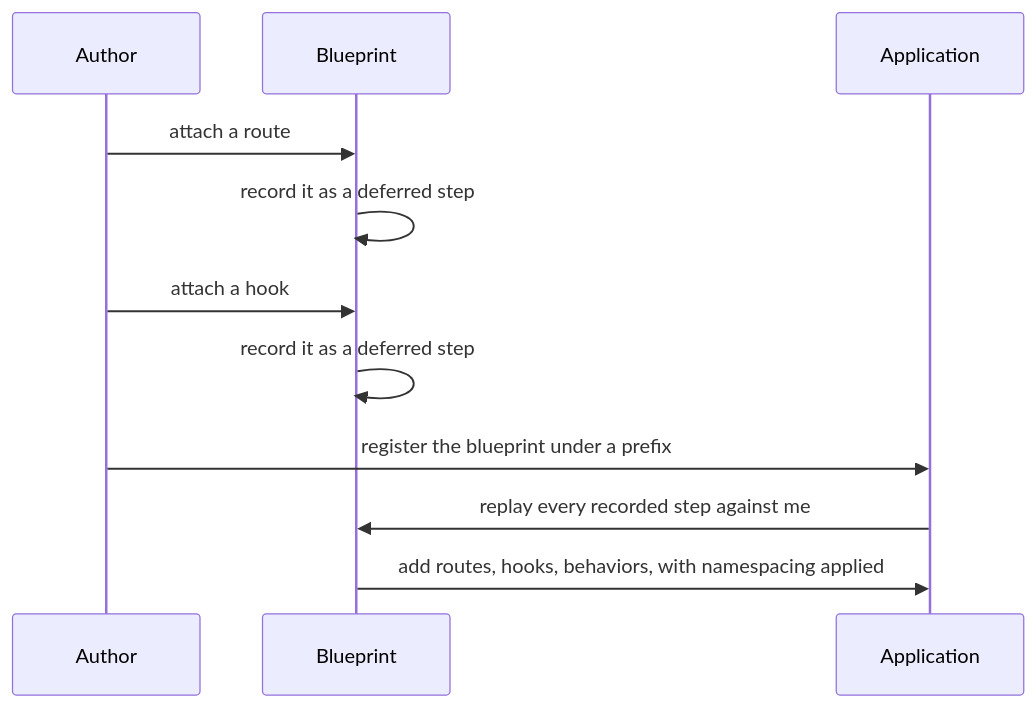
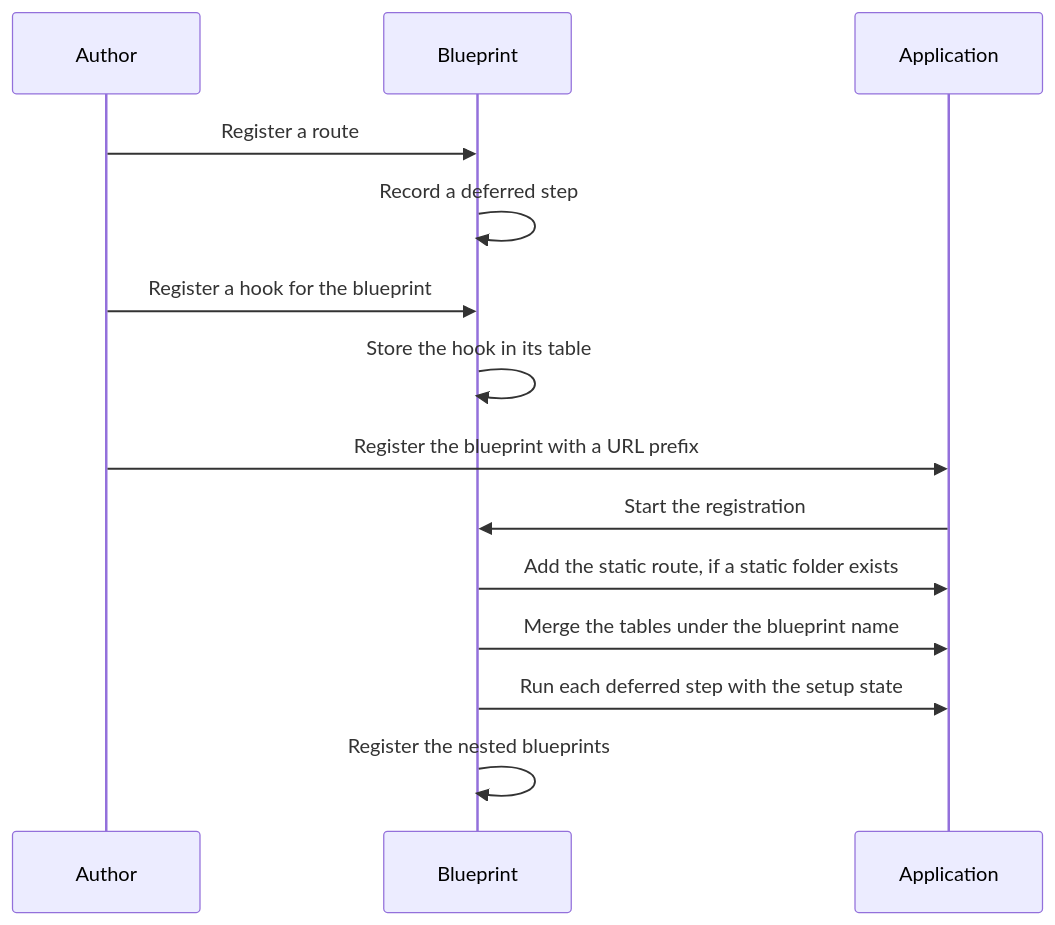
The second of 3 diagrams in docs/examples/flask/.cluedoc/blueprints/README.md (KeunwooPark/cluedoc), drawn with Mermaid before and after one commit. The commit also changed other lines of this file and 22 other files, not shown here.

````diff
--- a/docs/examples/flask/.cluedoc/blueprints/README.md
+++ b/docs/examples/flask/.cluedoc/blueprints/README.md
@@ -44,13 +54,16 @@
 ```mermaid
 sequenceDiagram
     participant Author
     participant BP as Blueprint
     participant App as Application
-    Author->>BP: attach a route
-    BP->>BP: record it as a deferred step
-    Author->>BP: attach a hook
-    BP->>BP: record it as a deferred step
-    Author->>App: register the blueprint under a prefix
-    App->>BP: replay every recorded step against me
-    BP->>App: add routes, hooks, behaviors, with namespacing applied
+    Author->>BP: Register a route
+    BP->>BP: Record a deferred step
+    Author->>BP: Register a hook for the blueprint
+    BP->>BP: Store the hook in its table
+    Author->>App: Register the blueprint with a URL prefix
+    App->>BP: Start the registration
+    BP->>App: Add the static route, if a static folder exists
+    BP->>App: Merge the tables under the blueprint name
+    BP->>App: Run each deferred step with the setup state
+    BP->>BP: Register the nested blueprints
 ```
````
